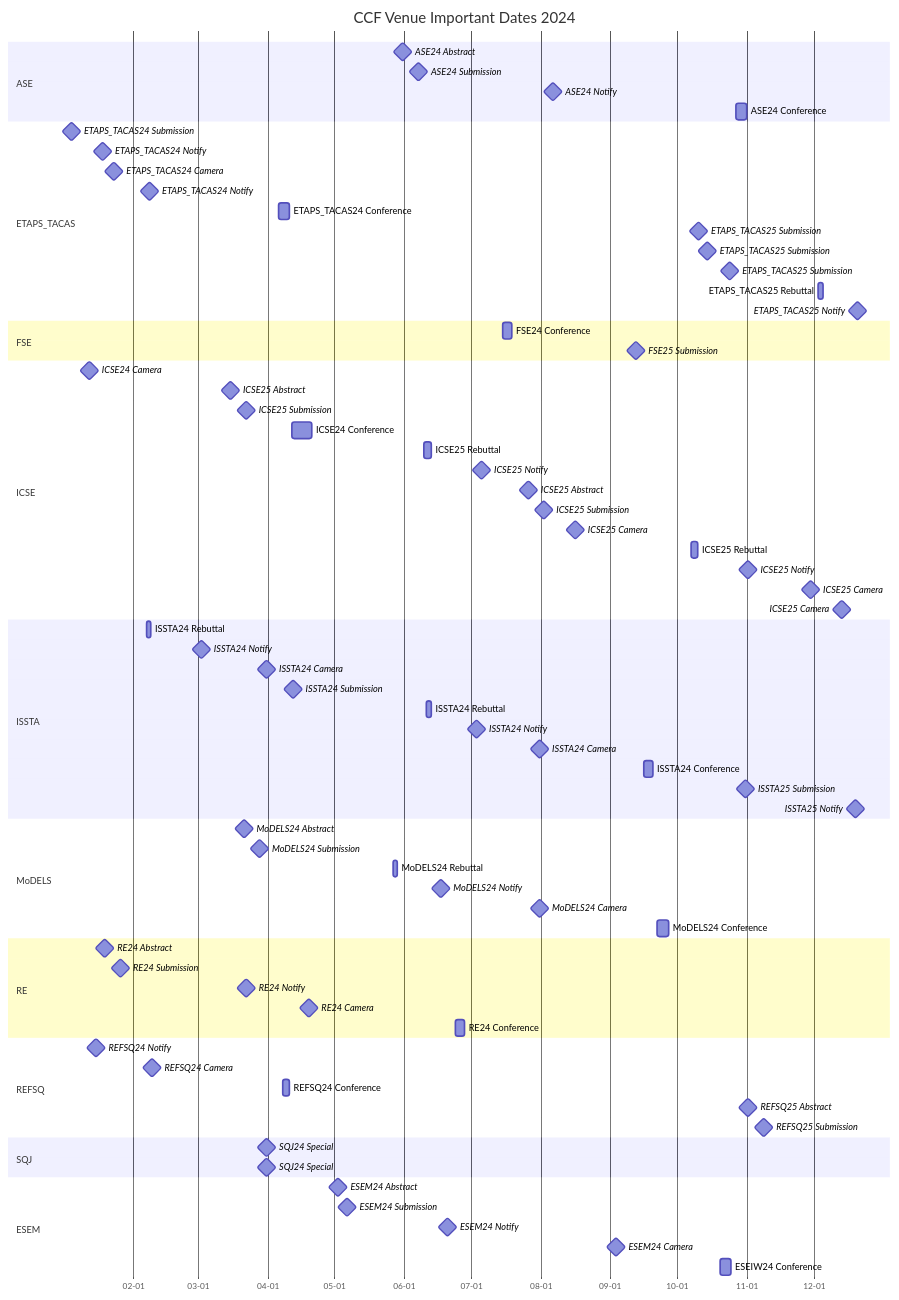
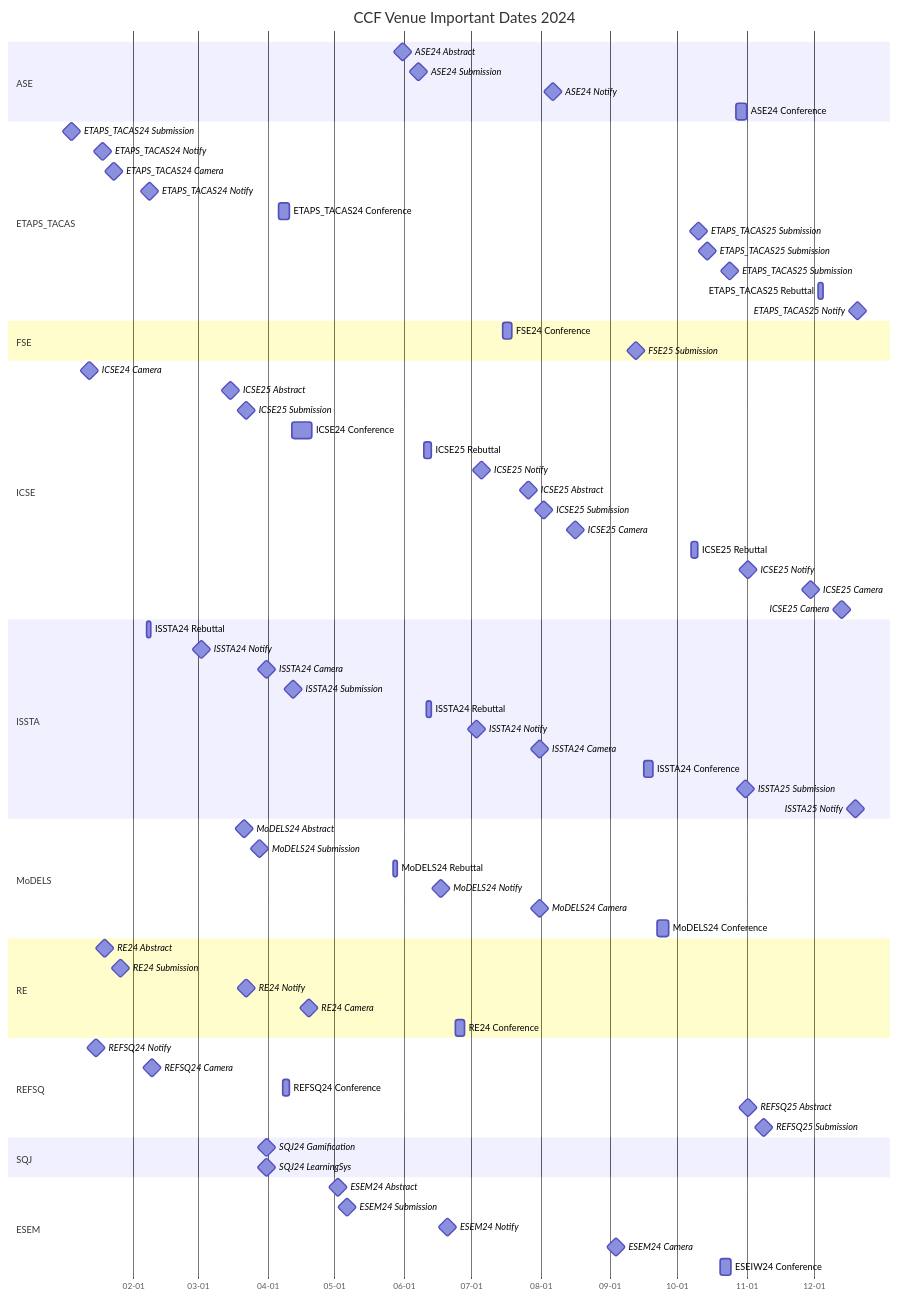
Before and after one commit to HansBug/research_ideas: the fifth of 9 diagrams in ccf_venues/TIMELINE.md, drawn with Mermaid. The commit also changed other lines of this file and 9 other files, not shown here.

```diff
--- a/ccf_venues/TIMELINE.md
+++ b/ccf_venues/TIMELINE.md
@@ -756,8 +756,8 @@
   REFSQ25 Submission :milestone, refsq_2024_5_20241108, 2024-11-08, 1d
 
   section SQJ
-  SQJ24 Special :milestone, sqj_2024_1_20240331, 2024-03-31, 1d
-  SQJ24 Special :milestone, sqj_2024_2_20240331, 2024-03-31, 1d
+  SQJ24 Gamification :milestone, sqj_2024_1_20240331, 2024-03-31, 1d
+  SQJ24 LearningSys :milestone, sqj_2024_2_20240331, 2024-03-31, 1d
 
   section ESEM
   ESEM24 Abstract :milestone, esem_2024_1_20240502, 2024-05-02, 1d
```
